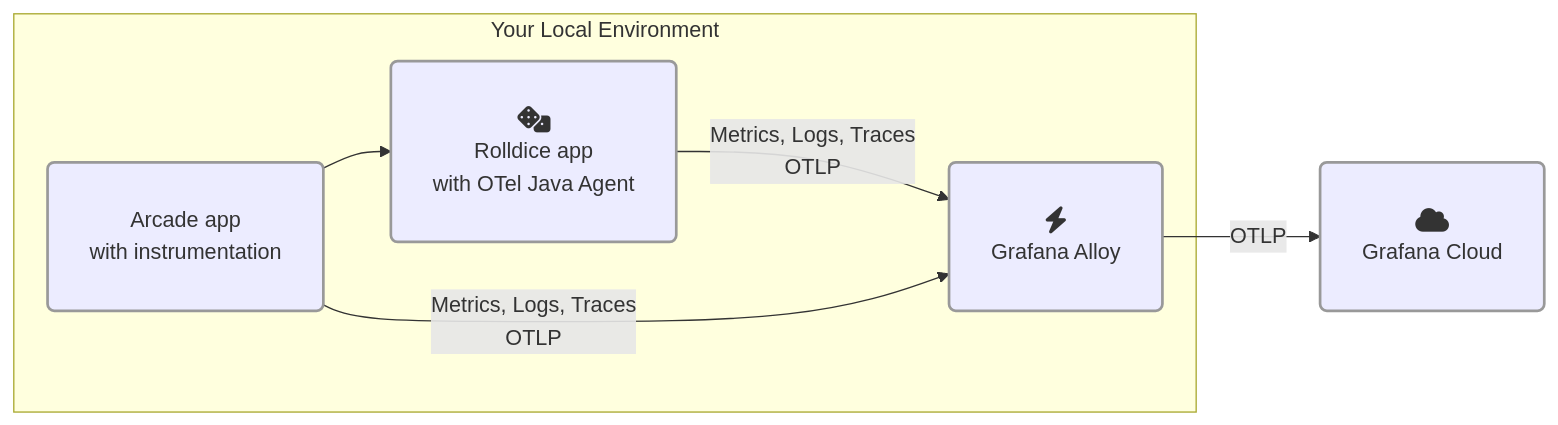
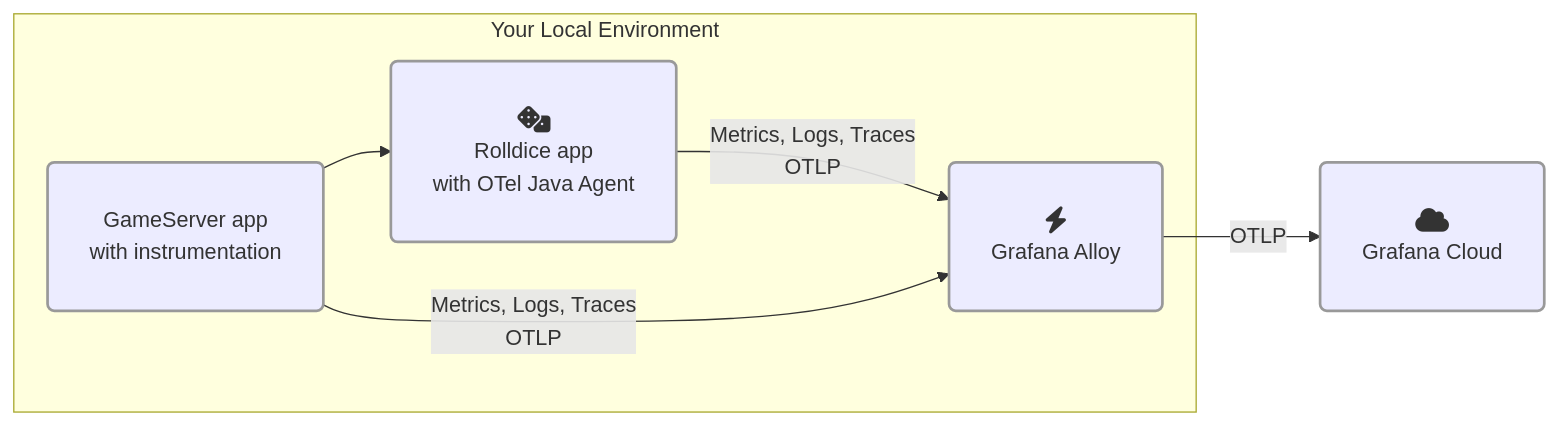
Before and after one commit to grafana/opentelemetry-workshop: the diagram in site/docs/lab2/instrument.md, drawn with Mermaid. The commit also changed other lines of this file and 12 other files, not shown here.

````diff
--- a/site/docs/lab2/instrument.md
+++ b/site/docs/lab2/instrument.md
@@ -11,20 +11,20 @@
 ```mermaid
 flowchart LR
     classDef default stroke:#999,stroke-width:2px;
 
     DemoApp("<div style='padding: 1rem'><i class='fa fa-dice fa-lg'></i><br/>Rolldice app<br/>with OTel Java Agent</div>")
     Alloy("<div style='padding: 1rem'><i class='fa fa-bolt fa-lg'></i><br/>Grafana Alloy</div>")
-    ArcadeApp("<div style='padding: 1rem'>Arcade app<br/>with instrumentation</div>")
+    GameServer("<div style='padding: 1rem'>GameServer app<br/>with instrumentation</div>")
     GrafanaCloud("<div style='padding: 1rem'><i class='fa fa-cloud fa-lg'></i><br/>Grafana Cloud</div>")
 
     DemoApp -->|Metrics, Logs, Traces<br/>OTLP| Alloy
-    ArcadeApp -->|Metrics, Logs, Traces<br/>OTLP| Alloy
-    ArcadeApp --> DemoApp
+    GameServer -->|Metrics, Logs, Traces<br/>OTLP| Alloy
+    GameServer --> DemoApp
     Alloy -->|OTLP| GrafanaCloud
 
     subgraph Your Local Environment
         DemoApp
-        ArcadeApp
+        GameServer
         Alloy
     end
 ```
````
